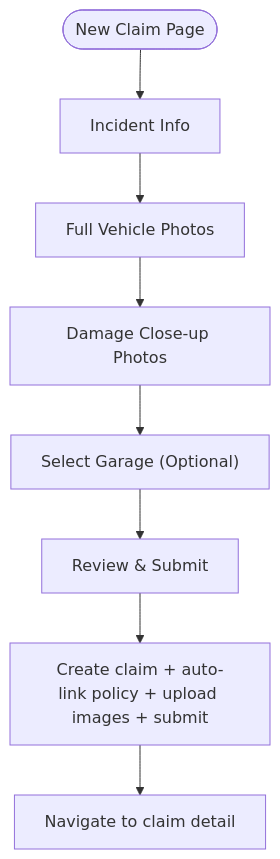
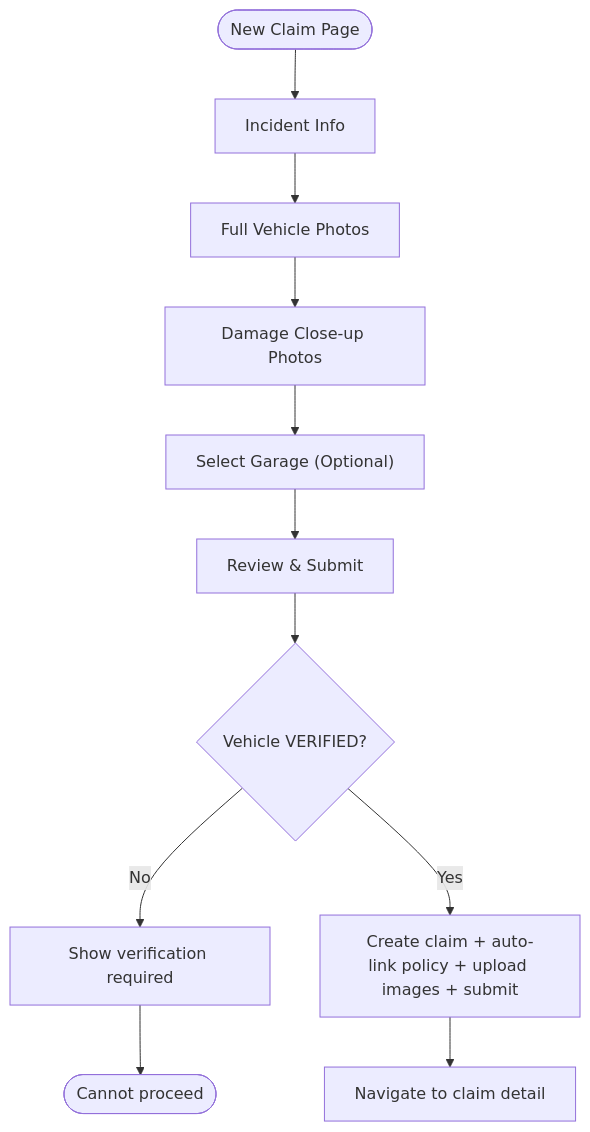
Diagram 14 of 16 in .qoder/repowiki/en/content/Business Logic Layer/Claims Processing Workflow.md (NaveenHiranya/Smart-Vehicle-Insurance-Claim-System), drawn with Mermaid before and after one commit. The commit also changed other lines of this file and 21 other files, not shown here.

````diff
--- a/.qoder/repowiki/en/content/Business Logic Layer/Claims Processing Workflow.md
+++ b/.qoder/repowiki/en/content/Business Logic Layer/Claims Processing Workflow.md
@@ -466,10 +553,13 @@
 ```mermaid
 flowchart TD
 Start(["New Claim Page"]) --> Step1["Incident Info"]
 Step1 --> Step2["Full Vehicle Photos"]
 Step2 --> Step3["Damage Close-up Photos"]
 Step3 --> Step4["Select Garage (Optional)"]
 Step4 --> Step5["Review & Submit"]
-Step5 --> Submit["Create claim + auto-link policy + upload images + submit"]
+Step5 --> ValidateVehicle{"Vehicle VERIFIED?"}
+ValidateVehicle --> |No| ShowError["Show verification required"]
+ValidateVehicle --> |Yes| Submit["Create claim + auto-link policy + upload images + submit"]
 Submit --> Navigate["Navigate to claim detail"]
+ShowError --> End(["Cannot proceed"])
 ```
````
